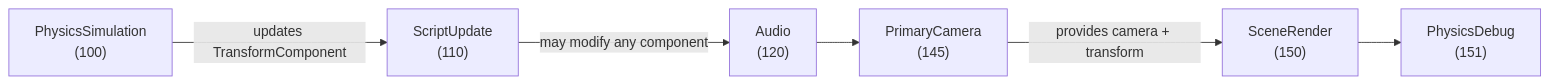
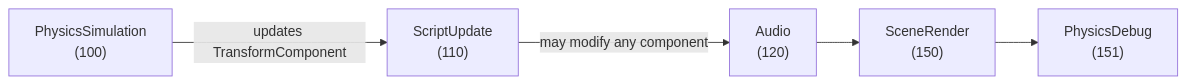
The fifth of 5 diagrams in docs/architecture/ecs-architecture.md (kateusz/GameEngine), drawn with Mermaid before and after one commit. The commit also changed other lines of this file and 17 other files, not shown here.

Commit message:
primary camera fetch refactor

````diff
--- a/docs/architecture/ecs-architecture.md
+++ b/docs/architecture/ecs-architecture.md
@@ -249,15 +248,13 @@
 ```mermaid
 graph LR
     Physics["PhysicsSimulation<br/>(100)"]
     Scripts["ScriptUpdate<br/>(110)"]
     Audio["Audio<br/>(120)"]
-    Camera["PrimaryCamera<br/>(145)"]
     Render["SceneRender<br/>(150)"]
     Debug["PhysicsDebug<br/>(151)"]
 
     Physics -->|"updates TransformComponent"| Scripts
     Scripts -->|"may modify any component"| Audio
-    Audio --> Camera
-    Camera -->|"provides camera + transform"| Render
+    Audio --> Render
     Render --> Debug
 ```
````
